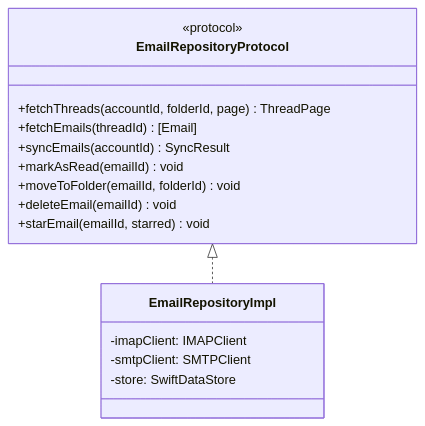
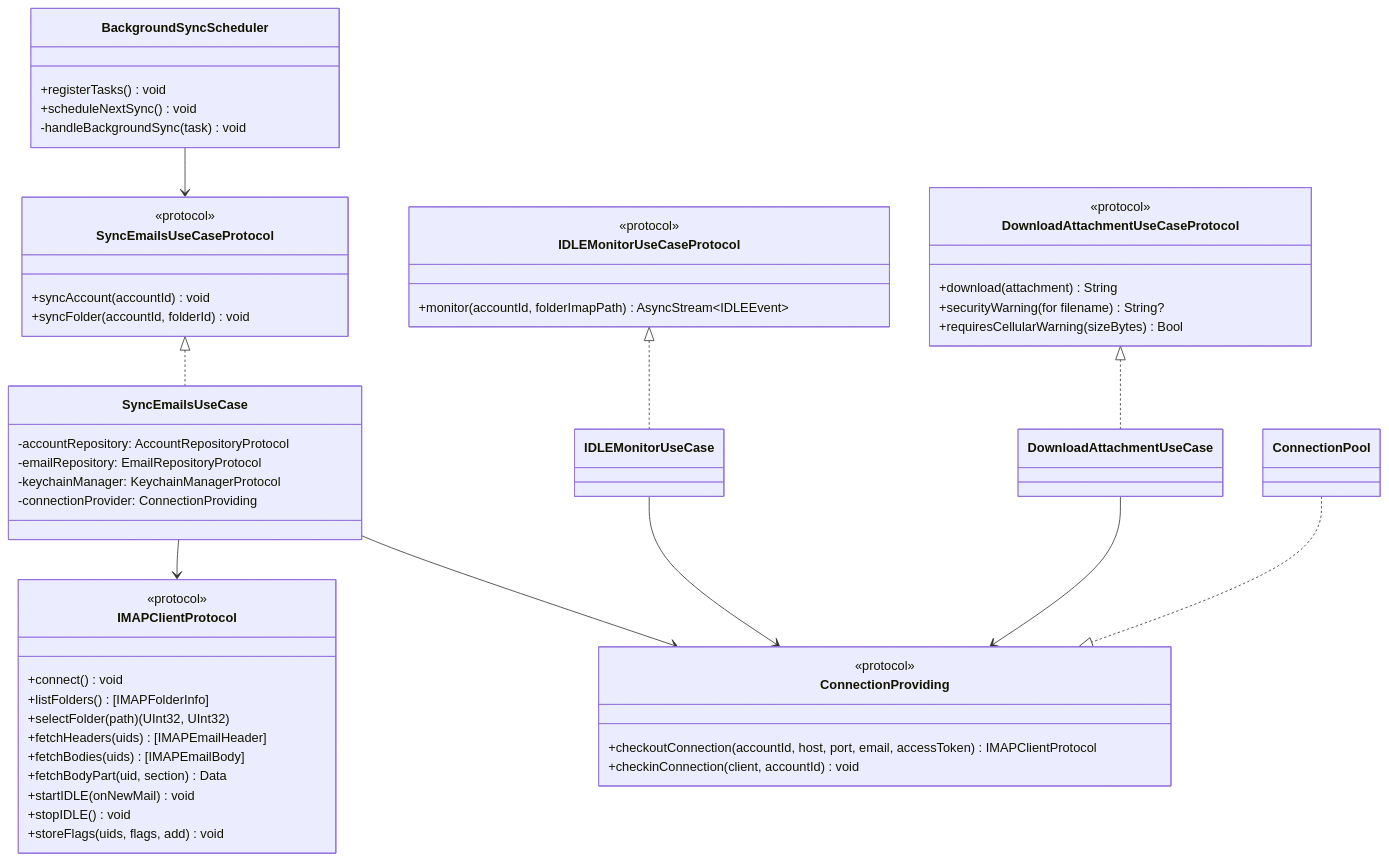
One commit to VishnuBishnoi/VaultMail changed the diagram in docs/features/email-sync/ios-macos/plan.md. Above: the diagram before and after it, drawn with Mermaid. The commit also changed other lines of this file and 2 other files, not shown here.

First line of the commit message:
docs: update email sync plan, tasks, and validation to reflect PR #18

````diff
--- a/docs/features/email-sync/ios-macos/plan.md
+++ b/docs/features/email-sync/ios-macos/plan.md
@@ -32,21 +37,62 @@
 ```mermaid
 classDiagram
-    class EmailRepositoryProtocol {
+    class SyncEmailsUseCaseProtocol {
         <<protocol>>
-        +fetchThreads(accountId, folderId, page) ThreadPage
-        +fetchEmails(threadId) [Email]
-        +syncEmails(accountId) SyncResult
-        +markAsRead(emailId) void
-        +moveToFolder(emailId, folderId) void
-        +deleteEmail(emailId) void
-        +starEmail(emailId, starred) void
+        +syncAccount(accountId) void
+        +syncFolder(accountId, folderId) void
     }
 
-    class EmailRepositoryImpl {
-        -imapClient: IMAPClient
-        -smtpClient: SMTPClient
-        -store: SwiftDataStore
+    class SyncEmailsUseCase {
+        -accountRepository: AccountRepositoryProtocol
+        -emailRepository: EmailRepositoryProtocol
+        -keychainManager: KeychainManagerProtocol
+        -connectionProvider: ConnectionProviding
     }
 
-    EmailRepositoryProtocol <|.. EmailRepositoryImpl
+    class IDLEMonitorUseCaseProtocol {
+        <<protocol>>
+        +monitor(accountId, folderImapPath) AsyncStream~IDLEEvent~
+    }
+
+    class DownloadAttachmentUseCaseProtocol {
+        <<protocol>>
+        +download(attachment) String
+        +securityWarning(for filename) String?
+        +requiresCellularWarning(sizeBytes) Bool
+    }
+
+    class BackgroundSyncScheduler {
+        +registerTasks() void
+        +scheduleNextSync() void
+        -handleBackgroundSync(task) void
+    }
+
+    class ConnectionProviding {
+        <<protocol>>
+        +checkoutConnection(accountId, host, port, email, accessToken) IMAPClientProtocol
+        +checkinConnection(client, accountId) void
+    }
+
+    class IMAPClientProtocol {
+        <<protocol>>
+        +connect() void
+        +listFolders() [IMAPFolderInfo]
+        +selectFolder(path) (UInt32, UInt32)
+        +fetchHeaders(uids) [IMAPEmailHeader]
+        +fetchBodies(uids) [IMAPEmailBody]
+        +fetchBodyPart(uid, section) Data
+        +startIDLE(onNewMail) void
+        +stopIDLE() void
+        +storeFlags(uids, flags, add) void
+    }
+
+    SyncEmailsUseCaseProtocol <|.. SyncEmailsUseCase
+    SyncEmailsUseCase --> ConnectionProviding
+    SyncEmailsUseCase --> IMAPClientProtocol
+    IDLEMonitorUseCaseProtocol <|.. IDLEMonitorUseCase
+    IDLEMonitorUseCase --> ConnectionProviding
+    BackgroundSyncScheduler --> SyncEmailsUseCaseProtocol
+    DownloadAttachmentUseCaseProtocol <|.. DownloadAttachmentUseCase
+    DownloadAttachmentUseCase --> ConnectionProviding
+    ConnectionPool ..|> ConnectionProviding
 ```
````
